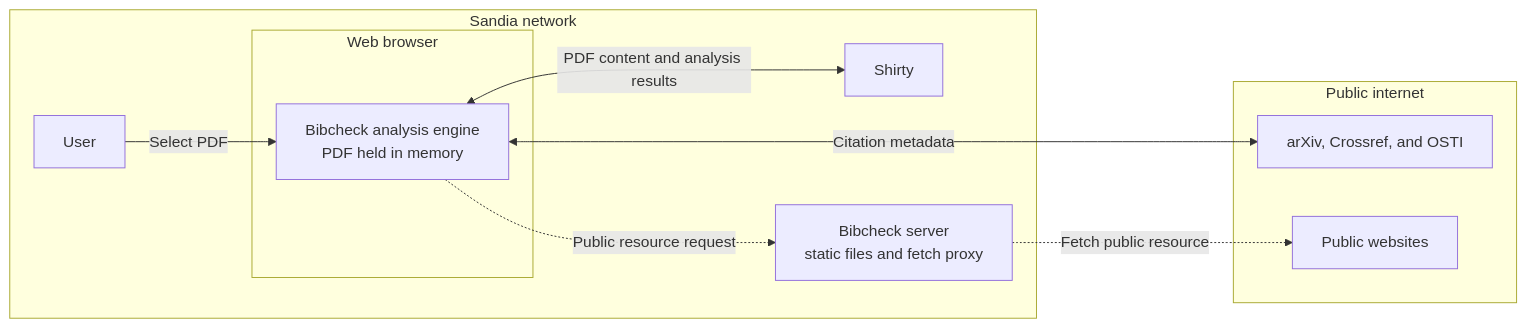
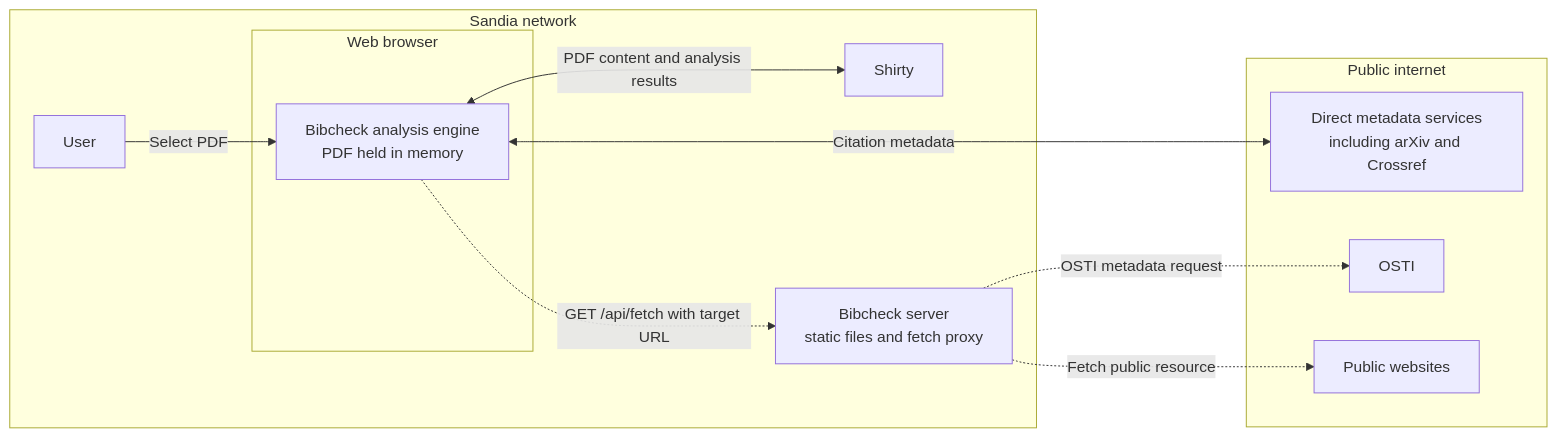
Before and after one commit to sandialabs/bibcheck: the diagram in docs/snl-how-it-works.md, drawn with Mermaid. The commit also changed other lines of this file, not shown here.

Commit message:
docs: how-it-works

````diff
--- a/docs/snl-how-it-works.md
+++ b/docs/snl-how-it-works.md
@@ -12,23 +16,25 @@
 ```mermaid
 flowchart LR
     subgraph sandia[Sandia network]
         U[User]
         subgraph browser[Web browser]
             B[Bibcheck analysis engine<br/>PDF held in memory]
         end
         S[Shirty]
         P[Bibcheck server<br/>static files and fetch proxy]
 
         U -->|Select PDF| B
         B <-->|PDF content and analysis results| S
     end
 
     subgraph public[Public internet]
-        M[arXiv, Crossref, and OSTI]
+        D[Direct metadata services<br/>including arXiv and Crossref]
+        O[OSTI]
         W[Public websites]
     end
 
-    B <-->|Citation metadata| M
-    B -.->|Public resource request| P
+    B <-->|Citation metadata| D
+    B -.->|GET /api/fetch with target URL| P
+    P -.->|OSTI metadata request| O
     P -.->|Fetch public resource| W
 ```
````
